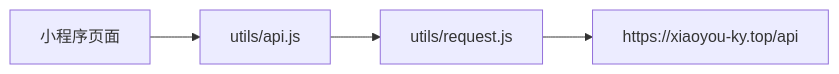
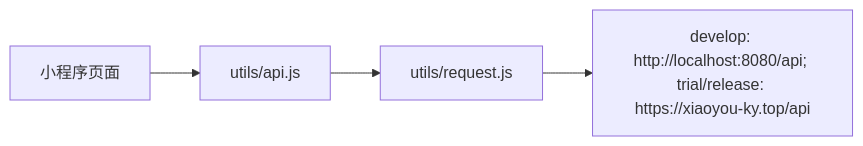
One commit to peteryoungwind/xiaoyouyingyu2 changed the first of 2 diagrams in doc/miniapp.md. Above: the diagram before and after it, drawn with Mermaid. The commit also changed other lines of this file and 53 other files, not shown here.

````diff
--- a/doc/miniapp.md
+++ b/doc/miniapp.md
@@ -31,6 +31,6 @@
 ```mermaid
 flowchart LR
   Page["小程序页面"] --> Api["utils/api.js"]
   Api --> Request["utils/request.js"]
-  Request --> Backend["https://xiaoyou-ky.top/api"]
+  Request --> Backend["develop: http://localhost:8080/api; trial/release: https://xiaoyou-ky.top/api"]
 ```
````
